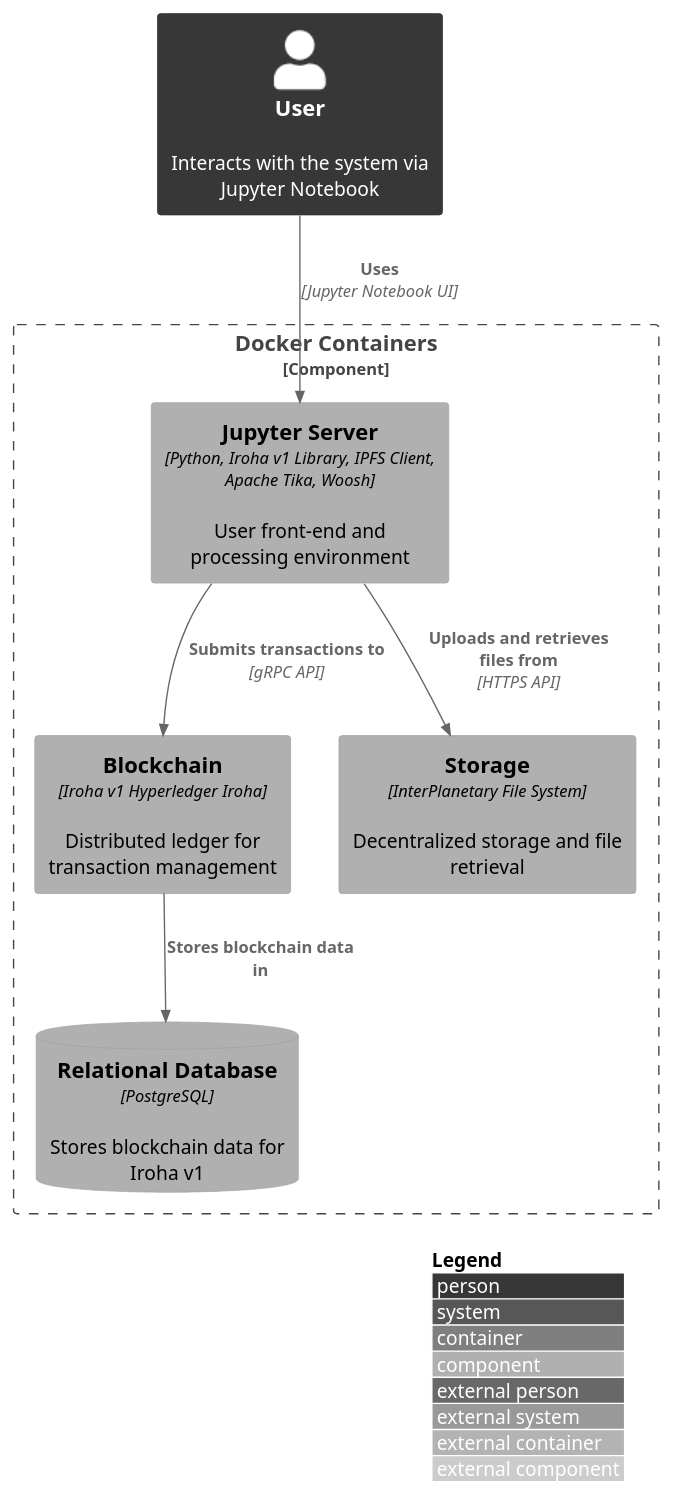
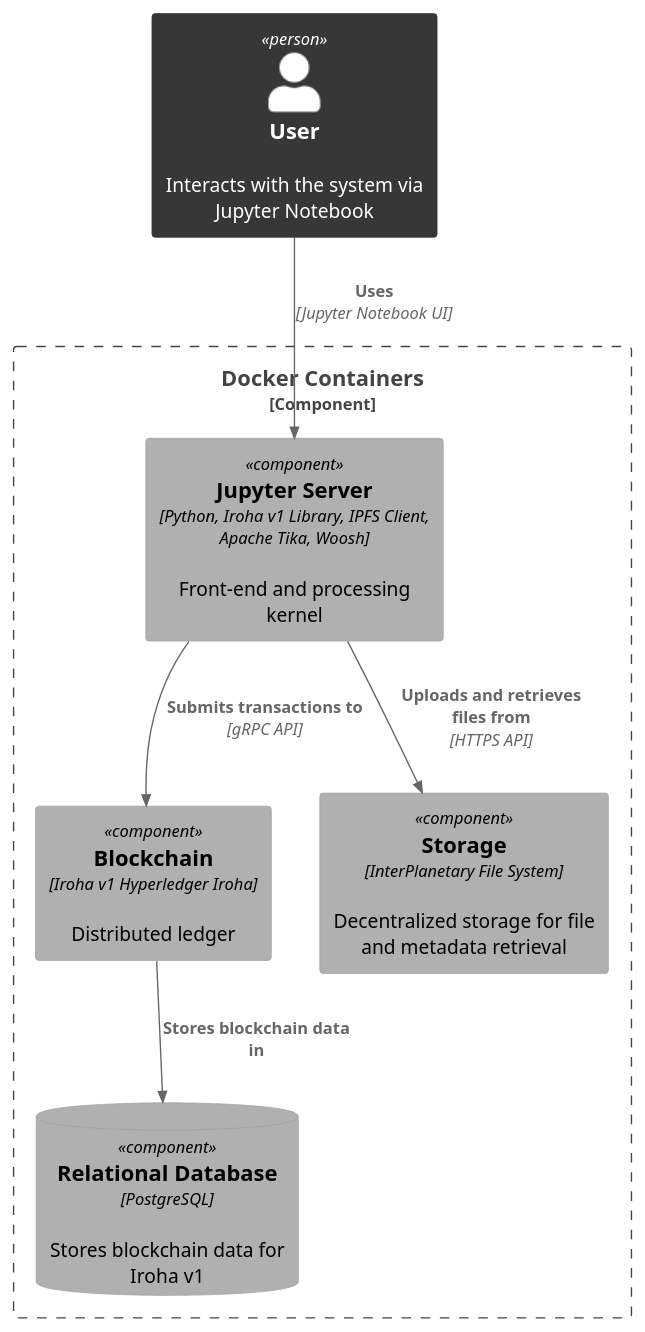
Before and after one commit to OliveiraEdu/d-OSP: the diagram in diagrams/plantUML/c4_component_diagram.wsd, drawn with PlantUML. The commit also changed 14 other files, not shown here.

```diff
--- a/diagrams/plantUML/c4_component_diagram.wsd
+++ b/diagrams/plantUML/c4_component_diagram.wsd
@@ -1,24 +1,24 @@
 @startuml
 !include https://raw.githubusercontent.com/plantuml-stdlib/C4-PlantUML/master/C4_Component.puml
 skinparam monochrome true
 
 
-LAYOUT_WITH_LEGEND()
+' LAYOUT_WITH_LEGEND()
 
 ' title Component Diagram for Open Science Platform
 
 Person(user, "User", "Interacts with the system via Jupyter Notebook")
 
 Boundary(docker_env, "Docker Containers",  $type="Component") {
-    Component(jupyter, "Jupyter Server", "Python, Iroha v1 Library, IPFS Client, Apache Tika, Woosh", "User front-end and processing environment")
-    Component(iroha, "Blockchain", "Iroha v1 Hyperledger Iroha", "Distributed ledger for transaction management")
+    Component(jupyter, "Jupyter Server", "Python, Iroha v1 Library, IPFS Client, Apache Tika, Woosh", "Front-end and processing kernel")
+    Component(iroha, "Blockchain", "Iroha v1 Hyperledger Iroha", "Distributed ledger")
     ComponentDb(db, "Relational Database", "PostgreSQL", "Stores blockchain data for Iroha v1")
-    Component(ipfs, "Storage", "InterPlanetary File System", "Decentralized storage and file retrieval")
+    Component(ipfs, "Storage", "InterPlanetary File System", "Decentralized storage for file and metadata retrieval")
 }
 
 Rel(user, jupyter, "Uses", "Jupyter Notebook UI")
 Rel(jupyter, iroha, "Submits transactions to", "gRPC API")
 Rel(jupyter, ipfs, "Uploads and retrieves files from", "HTTPS API")
 Rel(iroha, db, "Stores blockchain data in")
 
 @enduml
```
